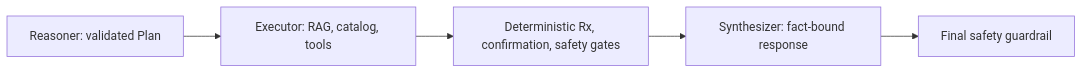
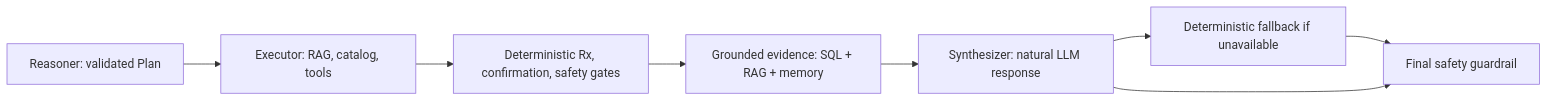
Before and after one commit to RowanFayez/ShifaPharmacy_AISales_CustomerServiceAgent: the third of 6 diagrams in README.md, drawn with Mermaid. The commit also changed other lines of this file and 24 other files, not shown here.

````diff
--- a/README.md
+++ b/README.md
@@ -51,7 +57,10 @@
 ```mermaid
 flowchart LR
   Reasoner[Reasoner: validated Plan] --> Executor[Executor: RAG, catalog, tools]
   Executor --> Gates[Deterministic Rx, confirmation, safety gates]
-  Gates --> Synthesizer[Synthesizer: fact-bound response]
+  Gates --> Evidence[Grounded evidence: SQL + RAG + memory]
+  Evidence --> Synthesizer[Synthesizer: natural LLM response]
+  Synthesizer --> Fallback[Deterministic fallback if unavailable]
+  Fallback --> Guardrail
   Synthesizer --> Guardrail[Final safety guardrail]
 ```
````
